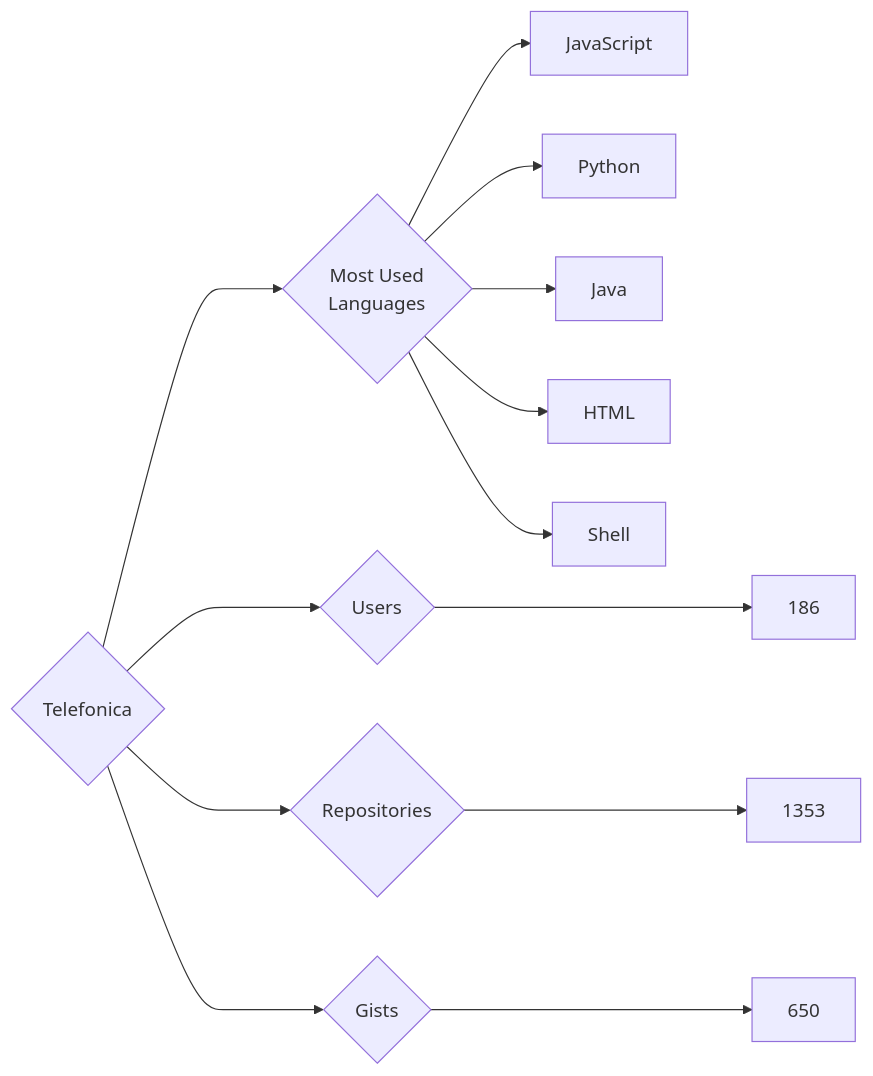
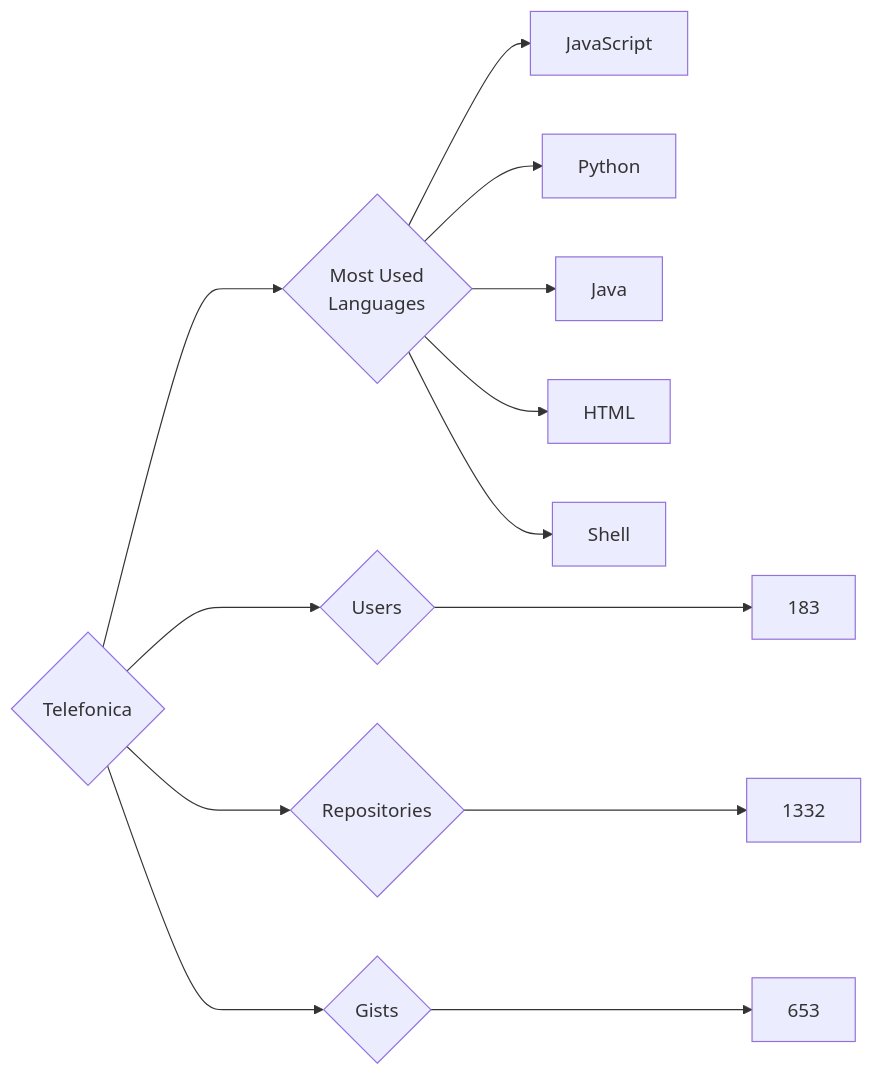
One commit to trickest/insiders changed the diagram in targets/Telefonica/README.md. Above: the diagram before and after it, drawn with Mermaid. The commit also changed 898 other files, not shown here.

````diff
--- a/targets/Telefonica/README.md
+++ b/targets/Telefonica/README.md
@@ -3,13 +3,13 @@
 ```mermaid
 graph LR
 COMPANY_NAME{Telefonica}
-COMPANY_NAME ---> U{Users} ---> UN[186]
-COMPANY_NAME ---> R{Repositories} ---> RN[1353]
-COMPANY_NAME ---> G{Gists} ---> GN[650]
+COMPANY_NAME ---> U{Users} ---> UN[183]
+COMPANY_NAME ---> R{Repositories} ---> RN[1332]
+COMPANY_NAME ---> G{Gists} ---> GN[653]
 COMPANY_NAME ---> ML{Most Used<br>Languages}
 ML --> JavaScript[JavaScript]
 ML --> Python[Python]
 ML --> Java[Java]
 ML --> HTML[HTML]
 ML --> Shell[Shell]
 ```
````
